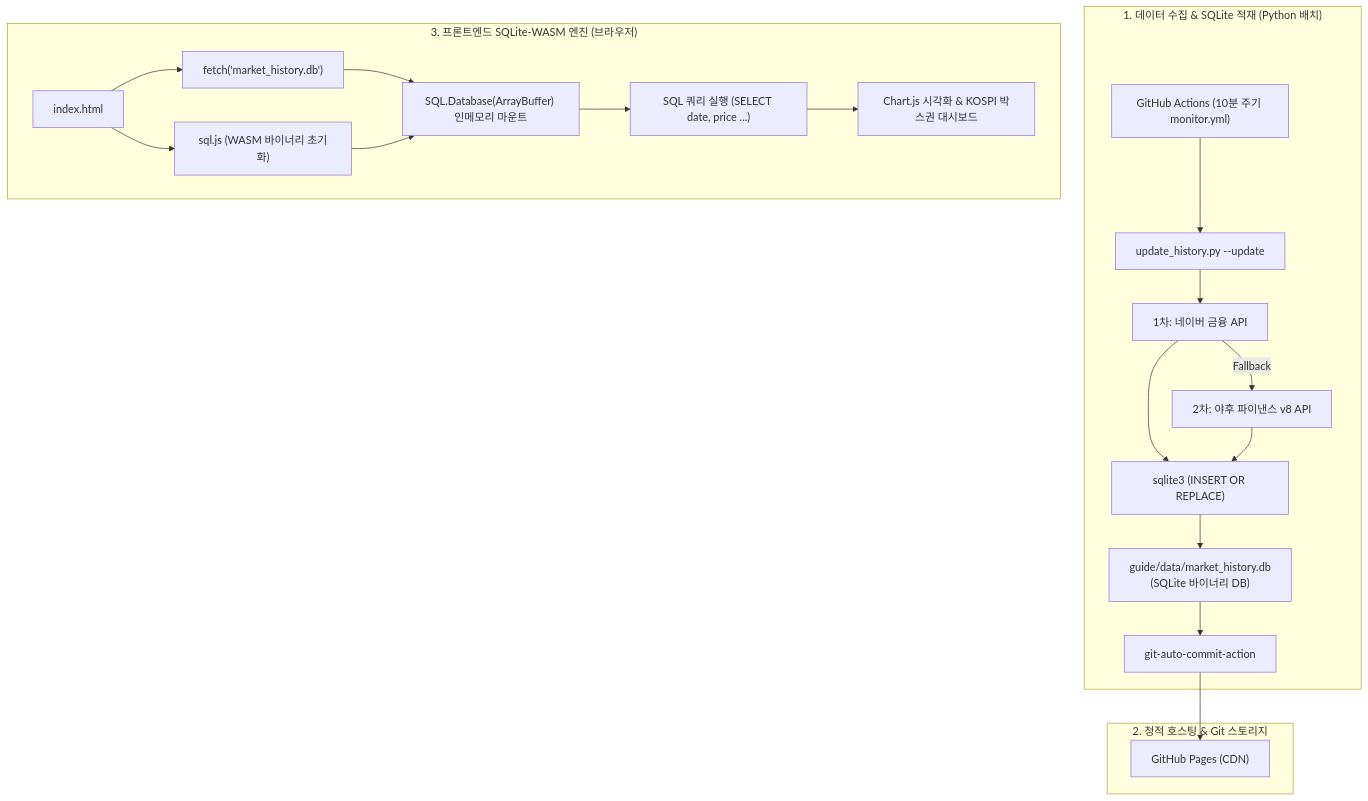
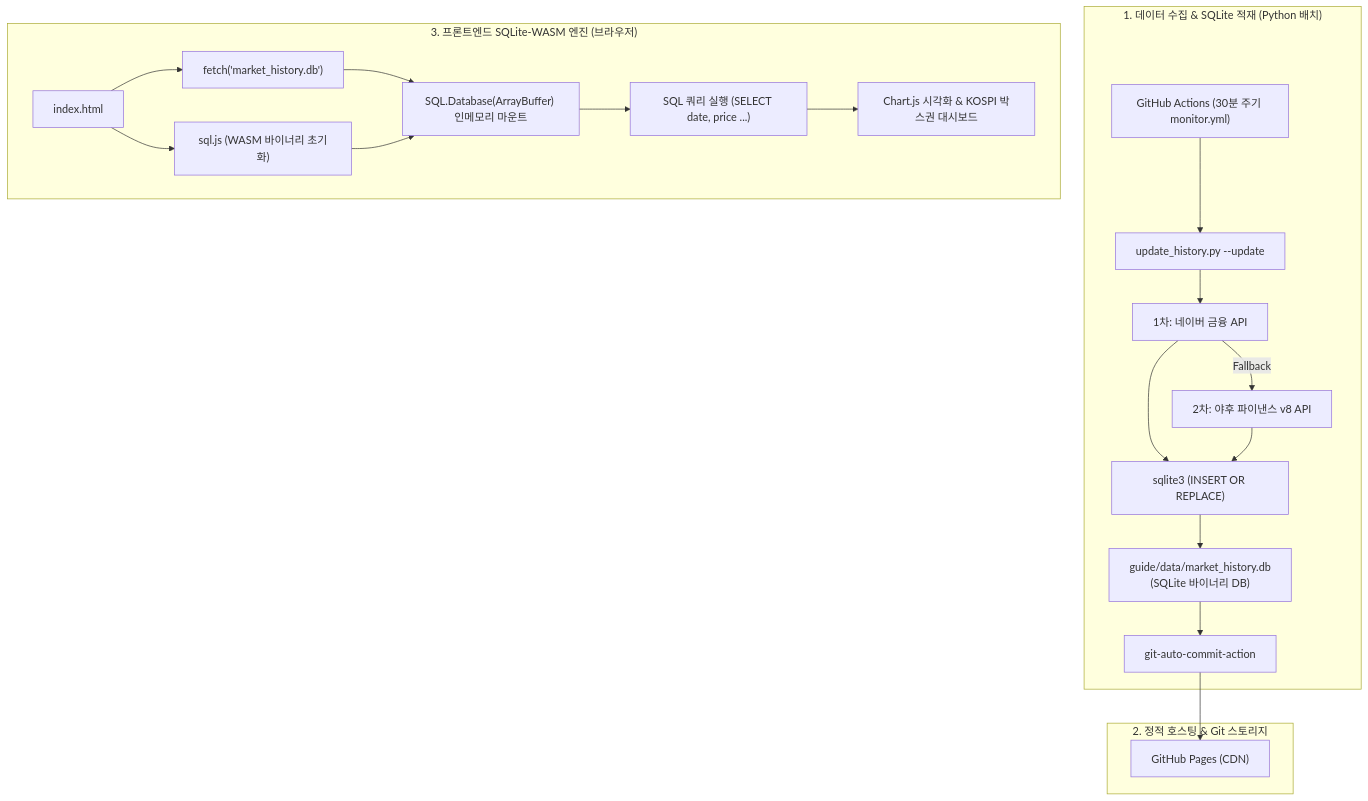
The diagram in guide/시장데이터_히스토리_수집_계획서.md (insford/my-stock), drawn with Mermaid before and after one commit. The commit also changed other lines of this file and 5 other files, not shown here.

First line of the commit message:
chore: GitHub Actions 시장 데이터 수집 주기를 10분에서 30분으로 변경

````diff
--- a/guide/시장데이터_히스토리_수집_계획서.md
+++ b/guide/시장데이터_히스토리_수집_계획서.md
@@ -9,25 +9,25 @@
 ```mermaid
 flowchart TD
     subgraph Data_Pipeline["1. 데이터 수집 & SQLite 적재 (Python 배치)"]
-        CRON["GitHub Actions (10분 주기 monitor.yml)"] --> UPDATER["update_history.py --update"]
+        CRON["GitHub Actions (30분 주기 monitor.yml)"] --> UPDATER["update_history.py --update"]
         UPDATER --> NAVER["1차: 네이버 금융 API"]
         NAVER -- "Fallback" --> YAHOO["2차: 야후 파이낸스 v8 API"]
         NAVER --> UPSERT["sqlite3 (INSERT OR REPLACE)"]
         YAHOO --> UPSERT
         UPSERT --> DB_FILE["guide/data/market_history.db<br/>(SQLite 바이너리 DB)"]
         DB_FILE --> GIT_PUSH["git-auto-commit-action"]
     end
 
     subgraph CDN_Hosting["2. 정적 호스팅 & Git 스토리지"]
         GIT_PUSH --> GITHUB_PAGES["GitHub Pages (CDN)"]
     end
 
     subgraph Frontend_WASM["3. 프론트엔드 SQLite-WASM 엔진 (브라우저)"]
         INDEX["index.html"] --> LOAD_WASM["sql.js (WASM 바이너리 초기화)"]
         INDEX --> FETCH_DB["fetch('market_history.db')"]
         FETCH_DB --> MOUNT["SQL.Database(ArrayBuffer) 인메모리 마운트"]
         LOAD_WASM --> MOUNT
         MOUNT --> SQL_EXEC["SQL 쿼리 실행 (SELECT date, price ...)"]
         SQL_EXEC --> UI["Chart.js 시각화 & KOSPI 박스권 대시보드"]
     end
 ```
````
